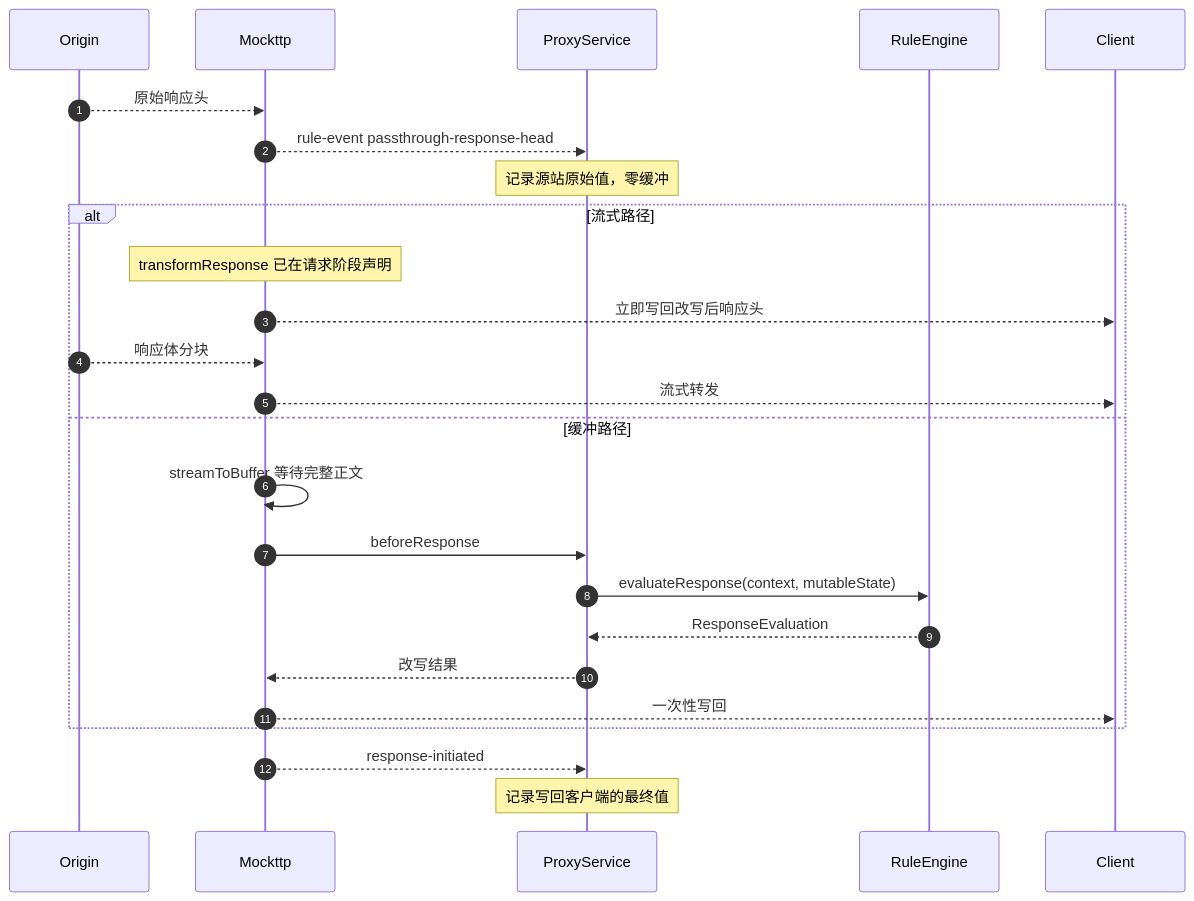
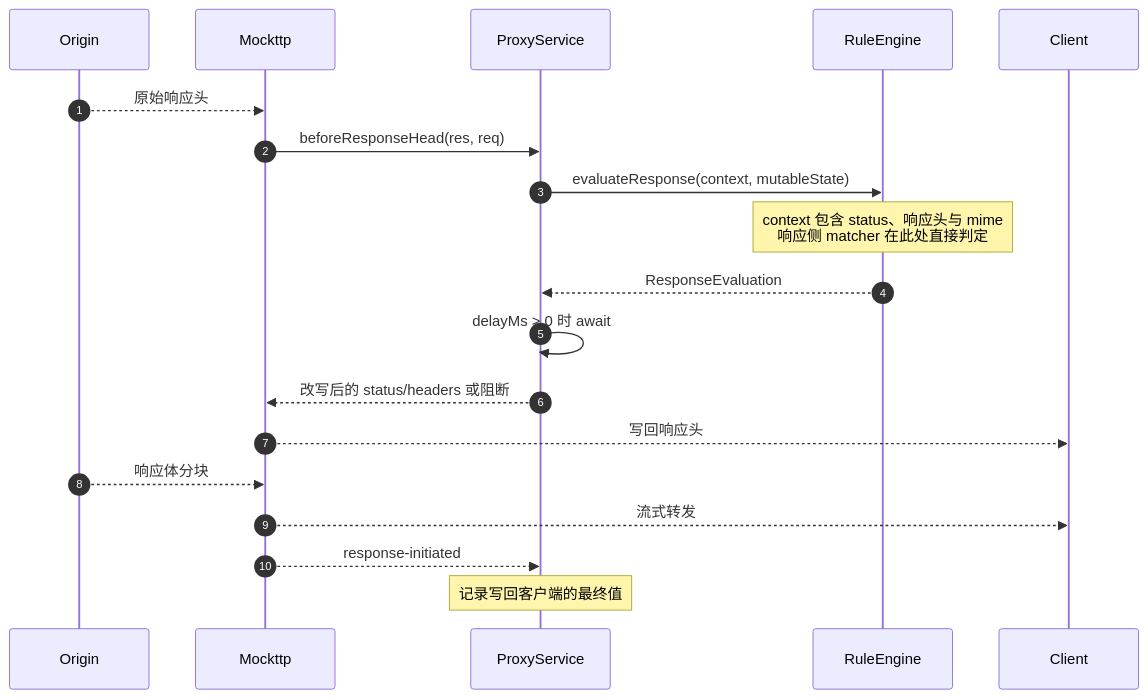
The third of 6 diagrams in architecture/feature-rules.md (zhxmt-xm/Interceptor), drawn with Mermaid before and after one commit. The commit also changed other lines of this file and 12 other files, not shown here.

````diff
--- a/architecture/feature-rules.md
+++ b/architecture/feature-rules.md
@@ -260,30 +263,24 @@
 ```mermaid
 sequenceDiagram
     autonumber
     participant Origin
     participant Mockttp
     participant Proxy as ProxyService
     participant Engine as RuleEngine
     participant Client
 
     Origin-->>Mockttp: 原始响应头
-    Mockttp-->>Proxy: rule-event passthrough-response-head
-    Note over Proxy: 记录源站原始值，零缓冲
+    Mockttp->>Proxy: beforeResponseHead(res, req)
+    Proxy->>Engine: evaluateResponse(context, mutableState)
+    Note over Engine: context 包含 status、响应头与 mime<br/>响应侧 matcher 在此处直接判定
+    Engine-->>Proxy: ResponseEvaluation
+    Proxy->>Proxy: delayMs > 0 时 await
+    Proxy-->>Mockttp: 改写后的 status/headers 或阻断
 
-    alt 流式路径
-        Note over Mockttp: transformResponse 已在请求阶段声明
-        Mockttp-->>Client: 立即写回改写后响应头
-        Origin-->>Mockttp: 响应体分块
-        Mockttp-->>Client: 流式转发
-    else 缓冲路径
-        Mockttp->>Mockttp: streamToBuffer 等待完整正文
-        Mockttp->>Proxy: beforeResponse
-        Proxy->>Engine: evaluateResponse(context, mutableState)
-        Engine-->>Proxy: ResponseEvaluation
-        Proxy-->>Mockttp: 改写结果
-        Mockttp-->>Client: 一次性写回
-    end
+    Mockttp-->>Client: 写回响应头
+    Origin-->>Mockttp: 响应体分块
+    Mockttp-->>Client: 流式转发
 
     Mockttp-->>Proxy: response-initiated
     Note over Proxy: 记录写回客户端的最终值
 ```
````
